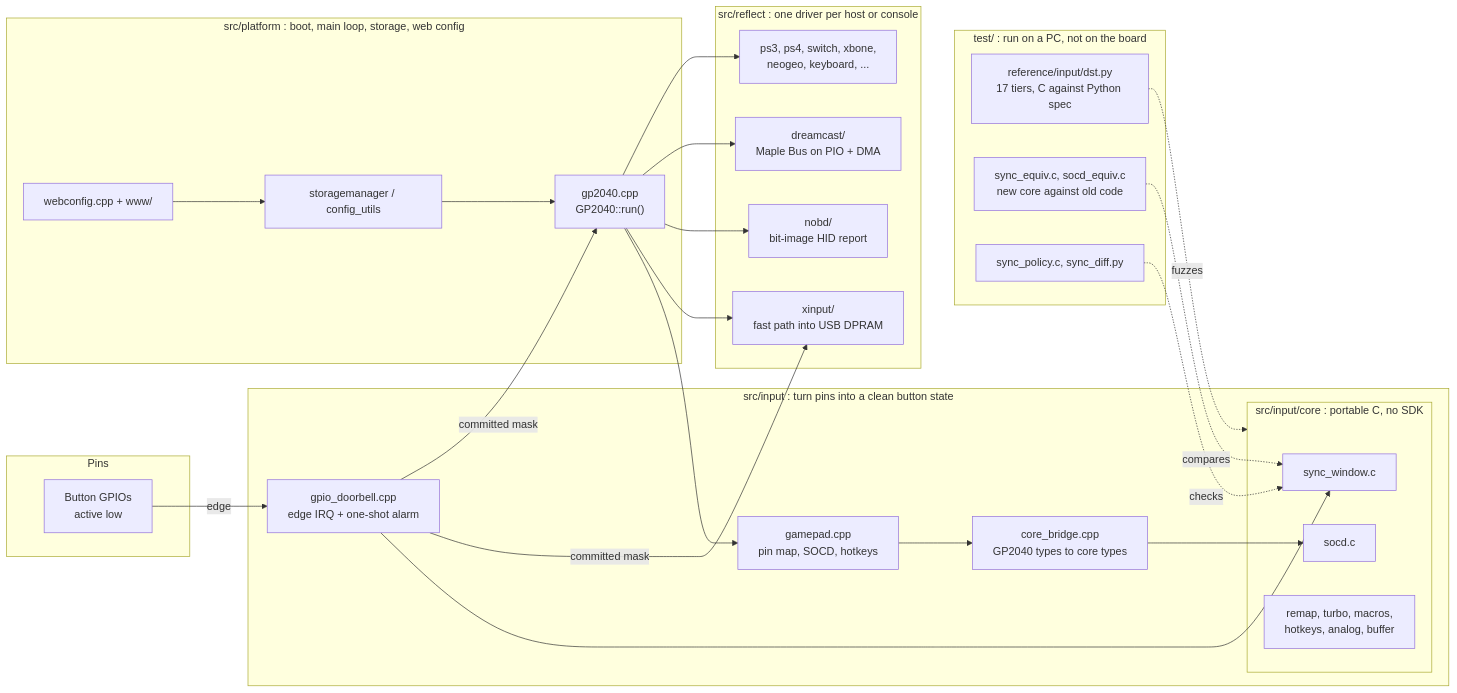
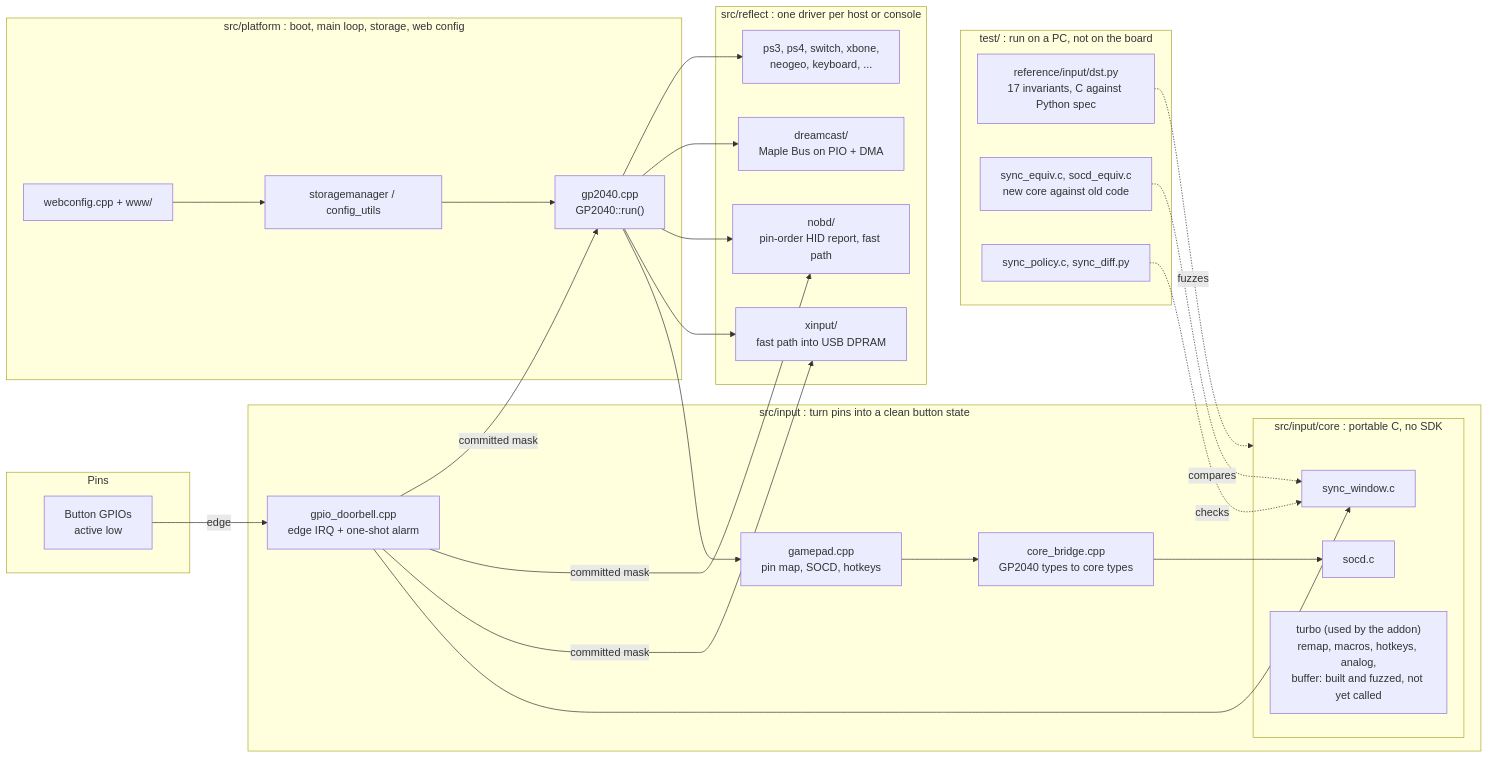
One commit to t3chnicallyinclined/GP2040-CE-NOBD changed the first of 2 diagrams in docs/FLOORPLAN.md. Above: the diagram before and after it, drawn with Mermaid. The commit also changed other lines of this file, not shown here.

First line of the commit message:
docs(floorplan): correct against the code after expert review

````diff
--- a/docs/FLOORPLAN.md
+++ b/docs/FLOORPLAN.md
@@ -28,52 +29,53 @@
 ```mermaid
 flowchart LR
   subgraph PINS["Pins"]
     gpio["Button GPIOs<br/>active low"]
   end
 
   subgraph INPUT["src/input : turn pins into a clean button state"]
     bell["gpio_doorbell.cpp<br/>edge IRQ + one-shot alarm"]
     bridge["core_bridge.cpp<br/>GP2040 types to core types"]
     subgraph CORE["src/input/core : portable C, no SDK"]
       sync["sync_window.c"]
       socd["socd.c"]
-      rest["remap, turbo, macros,<br/>hotkeys, analog, buffer"]
+      rest["turbo (used by the addon)<br/>remap, macros, hotkeys, analog,<br/>buffer: built and fuzzed, not yet called"]
     end
     pad["gamepad.cpp<br/>pin map, SOCD, hotkeys"]
   end
 
   subgraph PLATFORM["src/platform : boot, main loop, storage, web config"]
     loop["gp2040.cpp<br/>GP2040::run()"]
     store["storagemanager / config_utils"]
     web["webconfig.cpp + www/"]
   end
 
   subgraph REFLECT["src/reflect : one driver per host or console"]
     xinput["xinput/<br/>fast path into USB DPRAM"]
-    nobdhid["nobd/<br/>bit-image HID report"]
+    nobdhid["nobd/<br/>pin-order HID report, fast path"]
     dc["dreamcast/<br/>Maple Bus on PIO + DMA"]
     others["ps3, ps4, switch, xbone,<br/>neogeo, keyboard, ..."]
   end
 
   subgraph PROOF["test/ : run on a PC, not on the board"]
-    dst["reference/input/dst.py<br/>17 tiers, C against Python spec"]
+    dst["reference/input/dst.py<br/>17 invariants, C against Python spec"]
     equiv["sync_equiv.c, socd_equiv.c<br/>new core against old code"]
     policy["sync_policy.c, sync_diff.py"]
   end
 
   gpio -->|edge| bell
   bell --> sync
   bell -->|committed mask| xinput
+  bell -->|committed mask| nobdhid
   bell -->|committed mask| loop
   loop --> pad
   pad --> bridge --> socd
   loop --> xinput
   loop --> nobdhid
   loop --> dc
   loop --> others
   store --> loop
   web --> store
   dst -.->|fuzzes| CORE
   equiv -.->|compares| sync
   policy -.->|checks| sync
 ```
````
